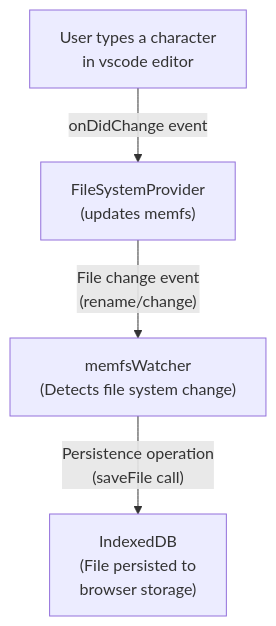
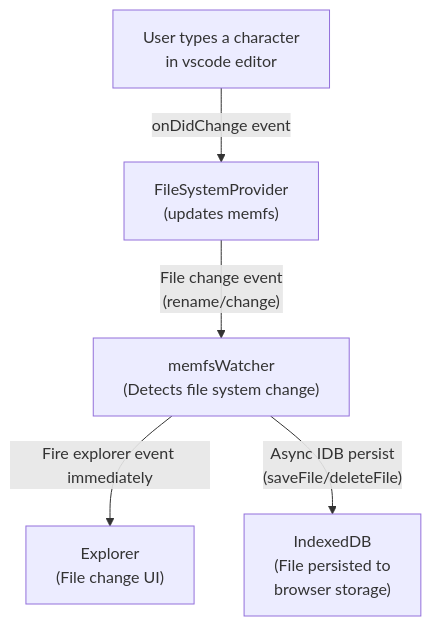
The second of 3 diagrams in packages/salesforcedx-vscode-services/src/virtualFsProvider/README.md (forcedotcom/salesforcedx-vscode), drawn with Mermaid before and after one commit. The commit also changed other lines of this file and 3 other files, not shown here.

First line of the commit message:
fix(services): persist later web memfs writes to IndexedDB - W-24062740

````diff
--- a/packages/salesforcedx-vscode-services/src/virtualFsProvider/README.md
+++ b/packages/salesforcedx-vscode-services/src/virtualFsProvider/README.md
@@ -39,11 +41,13 @@
 ```mermaid
 graph TD
     A["User types a character<br/>in vscode editor"]
     B["FileSystemProvider<br/>(updates memfs)"]
     C["memfsWatcher<br/>(Detects file system change)"]
-    D["IndexedDB<br/>(File persisted to<br/>browser storage)"]
+    D["Explorer<br/>(File change UI)"]
+    E["IndexedDB<br/>(File persisted to<br/>browser storage)"]
 
     A --> |"onDidChange event"| B
     B --> |"File change event<br/>(rename/change)"| C
-    C --> |"Persistence operation<br/>(saveFile call)"| D
+    C --> |"Fire explorer event immediately"| D
+    C --> |"Async IDB persist<br/>(saveFile/deleteFile)"| E
 ```
````
